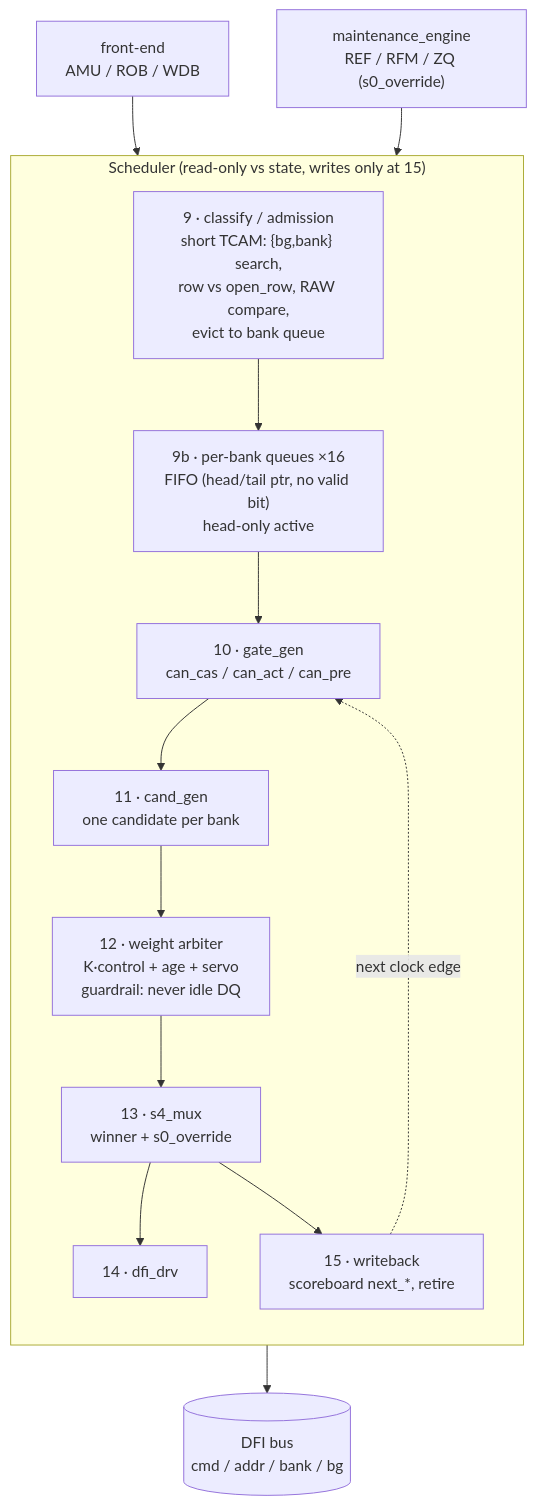
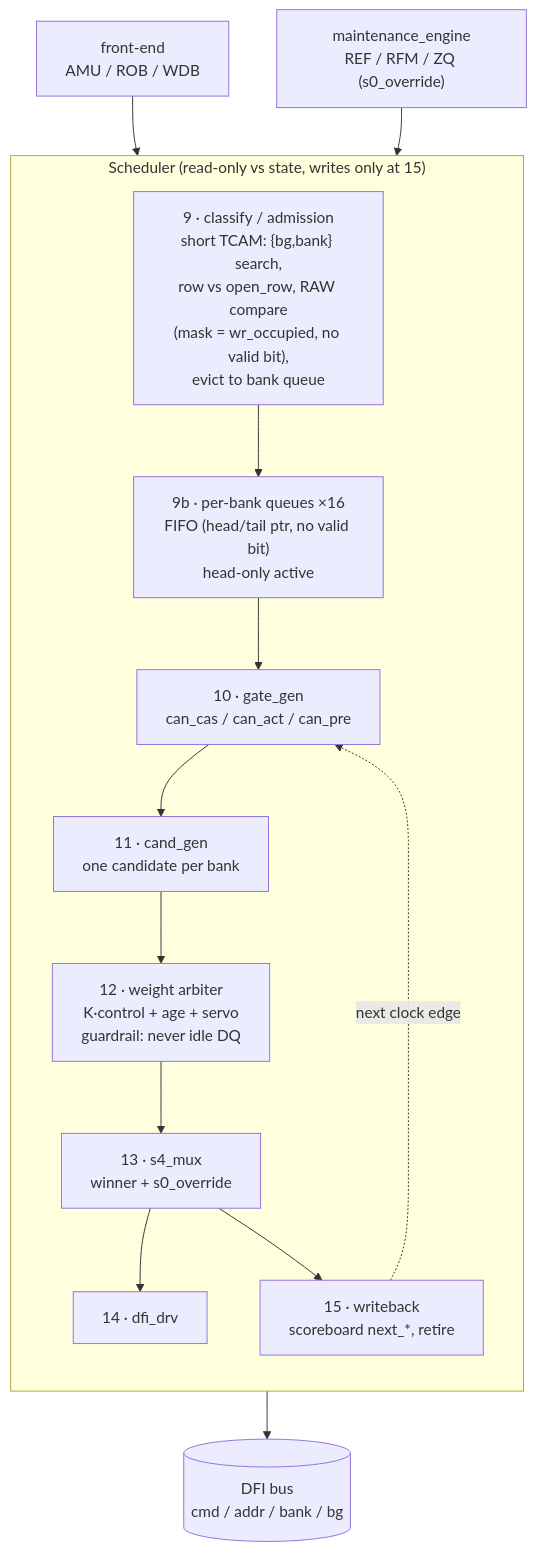
The first of 3 diagrams in docs/scheduler_block_diagram.md (ByteWise-Cookie/rmc_theory), drawn with Mermaid before and after one commit. The commit also changed other lines of this file and 8 other files, not shown here.

First line of the commit message:
docs(sched): no valid bit — extend to TCAM/RAW match gate (full sweep)

````diff
--- a/docs/scheduler_block_diagram.md
+++ b/docs/scheduler_block_diagram.md
@@ -12,23 +12,23 @@
 ```mermaid
 flowchart TB
     SRC["front-end<br/>AMU / ROB / WDB"] --> ADM
 
     subgraph SCH["Scheduler (read-only vs state, writes only at 15)"]
         direction TB
-        ADM["9 · classify / admission<br/>short TCAM: {bg,bank} search,<br/>row vs open_row, RAW compare,<br/>evict to bank queue"]
+        ADM["9 · classify / admission<br/>short TCAM: {bg,bank} search,<br/>row vs open_row, RAW compare<br/>(mask = wr_occupied, no valid bit),<br/>evict to bank queue"]
         Q["9b · per-bank queues ×16<br/>FIFO (head/tail ptr, no valid bit)<br/>head-only active"]
         GATE["10 · gate_gen<br/>can_cas / can_act / can_pre"]
         CAND["11 · cand_gen<br/>one candidate per bank"]
         ARB["12 · weight arbiter<br/>K·control + age + servo<br/>guardrail: never idle DQ"]
         MUX["13 · s4_mux<br/>winner + s0_override"]
         DRV["14 · dfi_drv"]
         WB["15 · writeback<br/>scoreboard next_*, retire"]
 
         ADM --> Q --> GATE --> CAND --> ARB --> MUX --> DRV
         MUX --> WB
     end
 
     ME["maintenance_engine<br/>REF / RFM / ZQ (s0_override)"] --> MUX
     DRV --> DFI[("DFI bus<br/>cmd / addr / bank / bg")]
     WB -. "next clock edge" .-> GATE
 ```
````
